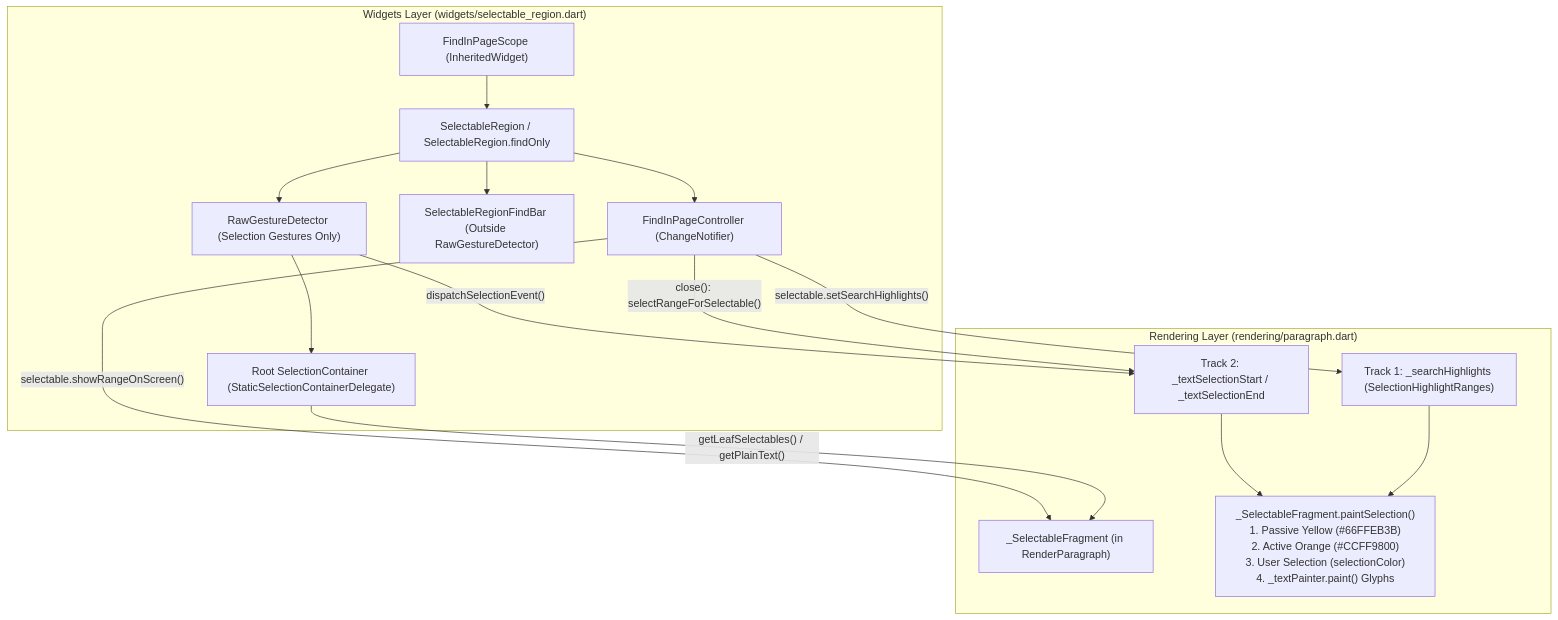
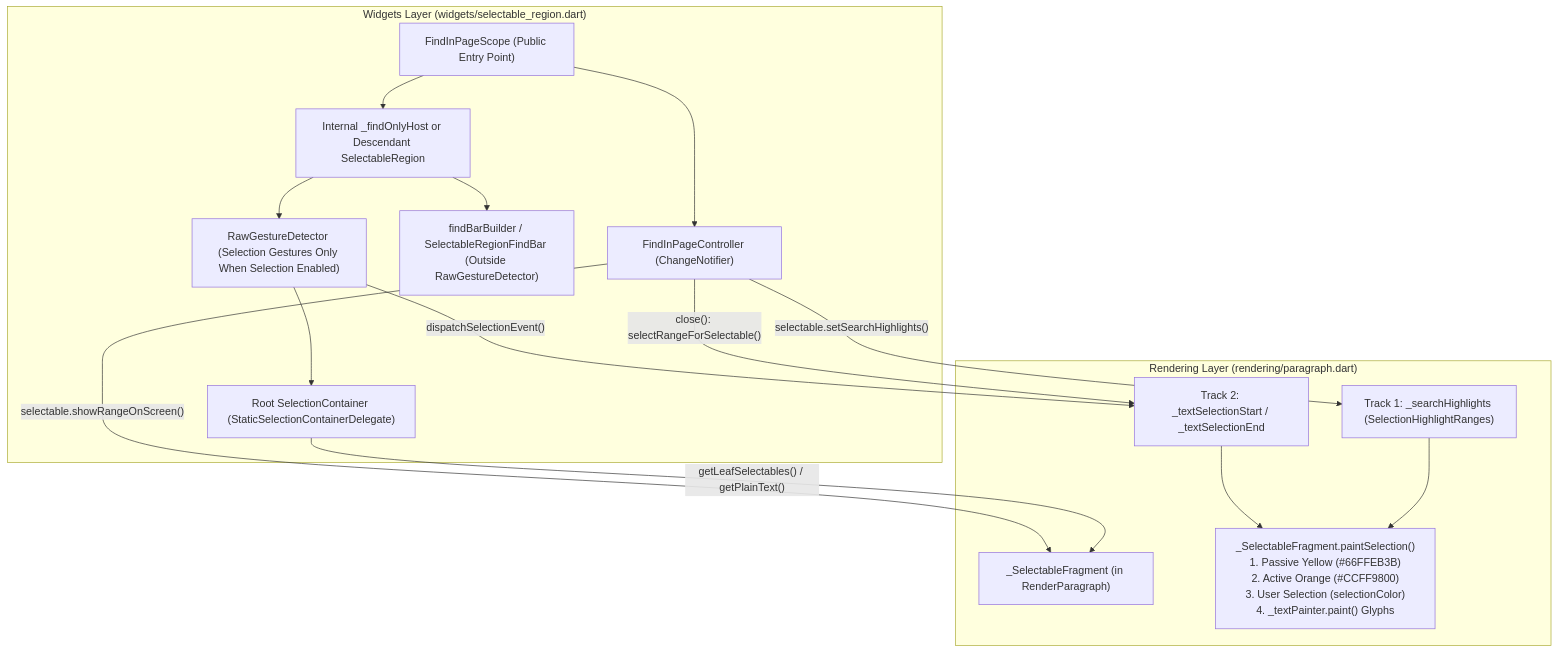
The diagram in rfc/170.0000-find-in-page.md (flutter/rfc), drawn with Mermaid before and after one commit. The commit also changed other lines of this file, not shown here.

First line of the commit message:
Resolve RFC open questions, add 500-Text benchmark, and align with FindInPageScope API

````diff
--- a/rfc/170.0000-find-in-page.md
+++ b/rfc/170.0000-find-in-page.md
@@ -94,31 +82,31 @@
 ```mermaid
 flowchart TD
     subgraph Widgets["Widgets Layer (widgets/selectable_region.dart)"]
-        Scope["FindInPageScope (InheritedWidget)"]
+        Scope["FindInPageScope (Public Entry Point)"]
         Controller["FindInPageController (ChangeNotifier)"]
-        Region["SelectableRegion / SelectableRegion.findOnly"]
-        FindBar["SelectableRegionFindBar (Outside RawGestureDetector)"]
-        Gesture["RawGestureDetector (Selection Gestures Only)"]
+        Region["Internal _findOnlyHost or Descendant SelectableRegion"]
+        FindBar["findBarBuilder / SelectableRegionFindBar (Outside RawGestureDetector)"]
+        Gesture["RawGestureDetector (Selection Gestures Only When Selection Enabled)"]
         RootContainer["Root SelectionContainer (StaticSelectionContainerDelegate)"]
     end
 
     subgraph Rendering["Rendering Layer (rendering/paragraph.dart)"]
         Fragment["_SelectableFragment (in RenderParagraph)"]
         FindState["Track 1: _searchHighlights (SelectionHighlightRanges)"]
         SelState["Track 2: _textSelectionStart / _textSelectionEnd"]
         Paint["_SelectableFragment.paintSelection()\n1. Passive Yellow (#66FFEB3B)\n2. Active Orange (#CCFF9800)\n3. User Selection (selectionColor)\n4. _textPainter.paint() Glyphs"]
     end
 
     Scope --> Region
-    Region --> Controller
+    Scope --> Controller
     Region --> FindBar
     Region --> Gesture
     Gesture --> RootContainer
     RootContainer -->|"getLeafSelectables() / getPlainText()"| Fragment
     Controller -->|"selectable.setSearchHighlights()"| FindState
     Controller -->|"selectable.showRangeOnScreen()"| Fragment
     Controller -->|"close(): selectRangeForSelectable()"| SelState
     Gesture -->|"dispatchSelectionEvent()"| SelState
     FindState --> Paint
     SelState --> Paint
 ```
````
